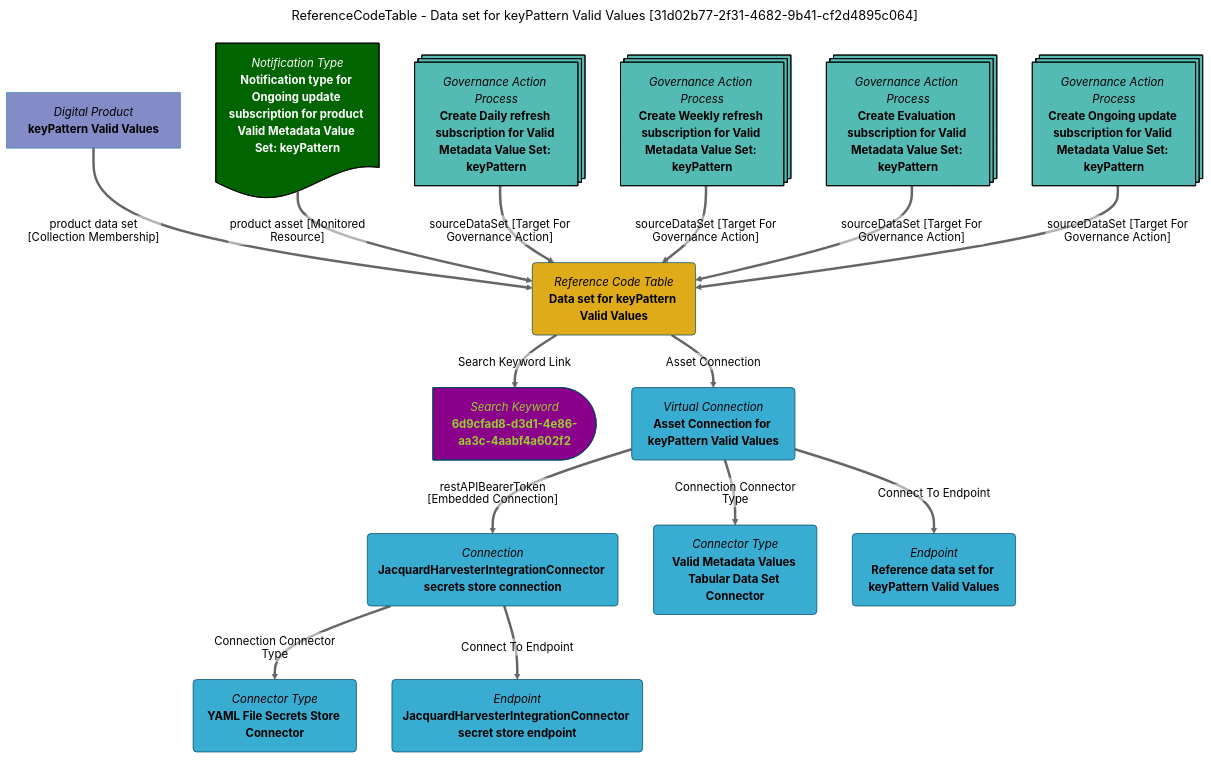
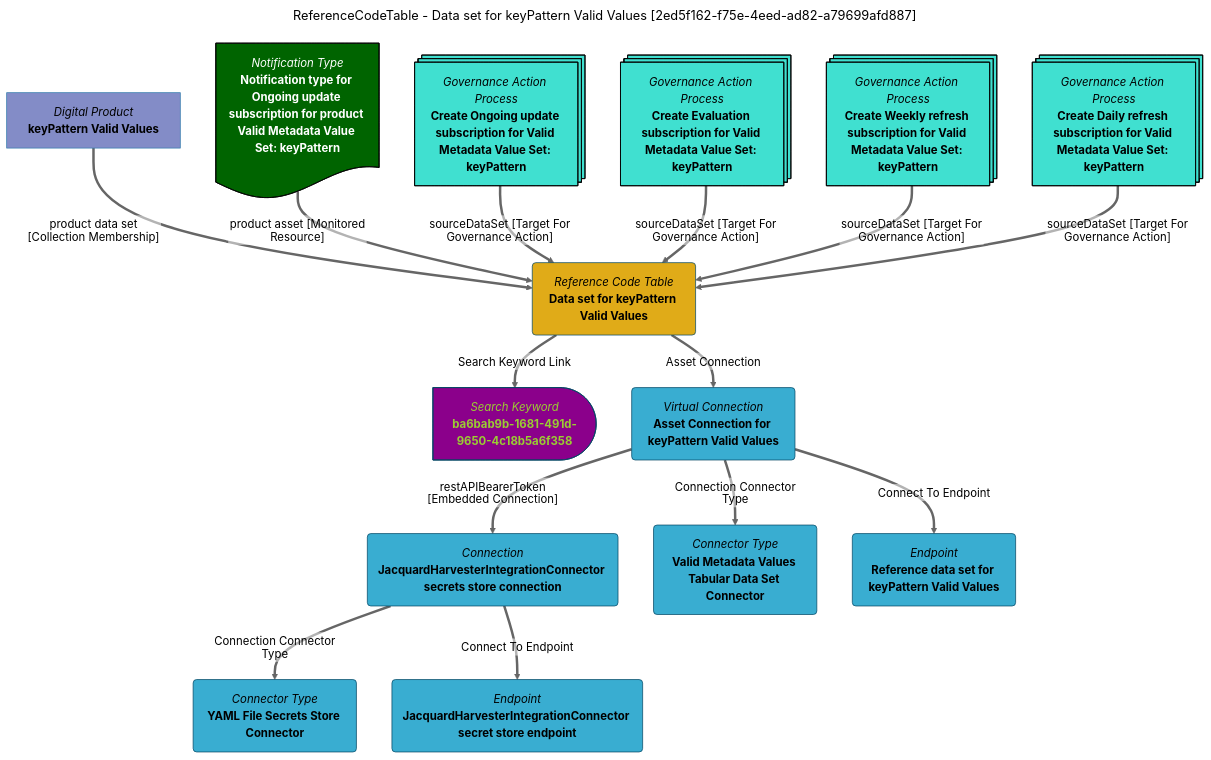
One commit to odpi/egeria-docs changed the diagram in site/snippets/data-assets/data-set-for-keypattern-valid-values-mermaid-graph.md. Above: the diagram before and after it, drawn with Mermaid (neutral theme). The commit also changed 2201 other files, not shown here.

````diff
--- a/site/snippets/data-assets/data-set-for-keypattern-valid-values-mermaid-graph.md
+++ b/site/snippets/data-assets/data-set-for-keypattern-valid-values-mermaid-graph.md
@@ -1,63 +1,63 @@
 ```mermaid
 ---
-title: ReferenceCodeTable - Data set for keyPattern Valid Values [31d02b77-2f31-4682-9b41-cf2d4895c064]
+title: ReferenceCodeTable - Data set for keyPattern Valid Values [2ed5f162-f75e-4eed-ad82-a79699afd887]
 ---
 flowchart TD
 %%{init: {"flowchart": {"htmlLabels": false}} }%%
 
 1@{ shape: rounded, label: "*Reference Code Table*
 **Data set for keyPattern Valid Values**"}
 2@{ shape: delay, label: "*Search Keyword*
-**6d9cfad8-d3d1-4e86-aa3c-4aabf4a602f2**"}
+**ba6bab9b-1681-491d-9650-4c18b5a6f358**"}
 1==>|"Search Keyword Link"|2
 3@{ shape: rect, label: "*Digital Product*
 **keyPattern Valid Values**"}
 3==>|"product data set [Collection Membership]"|1
 4@{ shape: rounded, label: "*Virtual Connection*
 **Asset Connection for keyPattern Valid Values**"}
 1==>|"Asset Connection"|4
 5@{ shape: rounded, label: "*Connection*
 **JacquardHarvesterIntegrationConnector secrets store connection**"}
 4==>|"restAPIBearerToken [Embedded Connection]"|5
 6@{ shape: rounded, label: "*Connector Type*
 **YAML File Secrets Store Connector**"}
 5==>|"Connection Connector Type"|6
 7@{ shape: rounded, label: "*Endpoint*
 **JacquardHarvesterIntegrationConnector secret store endpoint**"}
 5==>|"Connect To Endpoint"|7
 8@{ shape: rounded, label: "*Connector Type*
 **Valid Metadata Values Tabular Data Set Connector**"}
 4==>|"Connection Connector Type"|8
 9@{ shape: rounded, label: "*Endpoint*
 **Reference data set for keyPattern Valid Values**"}
 4==>|"Connect To Endpoint"|9
 10@{ shape: doc, label: "*Notification Type*
 **Notification type for Ongoing update subscription for product Valid Metadata Value Set: keyPattern**"}
 10==>|"product asset [Monitored Resource]"|1
 11@{ shape: processes, label: "*Governance Action Process*
-**Create Daily refresh subscription for Valid Metadata Value Set: keyPattern**"}
+**Create Ongoing update subscription for Valid Metadata Value Set: keyPattern**"}
 11==>|"sourceDataSet [Target For Governance Action]"|1
 12@{ shape: processes, label: "*Governance Action Process*
-**Create Weekly refresh subscription for Valid Metadata Value Set: keyPattern**"}
+**Create Evaluation subscription for Valid Metadata Value Set: keyPattern**"}
 12==>|"sourceDataSet [Target For Governance Action]"|1
 13@{ shape: processes, label: "*Governance Action Process*
-**Create Evaluation subscription for Valid Metadata Value Set: keyPattern**"}
+**Create Weekly refresh subscription for Valid Metadata Value Set: keyPattern**"}
 13==>|"sourceDataSet [Target For Governance Action]"|1
 14@{ shape: processes, label: "*Governance Action Process*
-**Create Ongoing update subscription for Valid Metadata Value Set: keyPattern**"}
+**Create Daily refresh subscription for Valid Metadata Value Set: keyPattern**"}
 14==>|"sourceDataSet [Target For Governance Action]"|1
-style 11 color:#000000, fill:#53bbb4, stroke:#000000
-style 12 color:#000000, fill:#53bbb4, stroke:#000000
-style 13 color:#000000, fill:#53bbb4, stroke:#000000
-style 14 color:#000000, fill:#53bbb4, stroke:#000000
+style 11 color:#000000, fill:#40E0D0, stroke:#000000
+style 12 color:#000000, fill:#40E0D0, stroke:#000000
+style 13 color:#000000, fill:#40E0D0, stroke:#000000
+style 14 color:#000000, fill:#40E0D0, stroke:#000000
 style 1 color:#000000, fill:#e0ab18, stroke:#004563
-style 2 color:#9acd32, fill:#8b008b, stroke:#004563
+style 2 color:#9ACD32, fill:#8B008B, stroke:#004563
 style 3 color:#000000, fill:#838cc7, stroke:#3079ab
 style 4 color:#000000, fill:#39add1, stroke:#004563
 style 5 color:#000000, fill:#39add1, stroke:#004563
 style 6 color:#000000, fill:#39add1, stroke:#004563
 style 7 color:#000000, fill:#39add1, stroke:#004563
 style 8 color:#000000, fill:#39add1, stroke:#004563
 style 9 color:#000000, fill:#39add1, stroke:#004563
 style 10 color:#FFFFFF, fill:#006400, stroke:#000000
 ```
````
